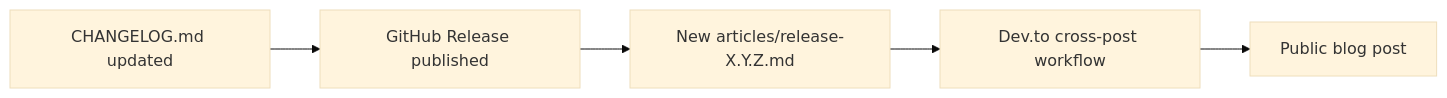
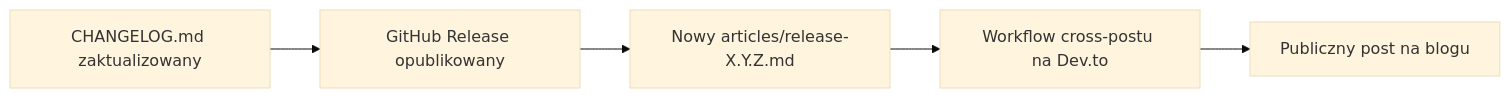
The diagram in articles.md (leszek3737/librefang-WIki), drawn with Mermaid (base theme) before and after one commit. The commit also changed other lines of this file and 104 other files, not shown here.

````diff
--- a/articles.md
+++ b/articles.md
@@ -112,7 +112,7 @@
 ```mermaid
 flowchart LR
-    A[CHANGELOG.md updated] --> B[GitHub Release published]
-    B --> C[New articles/release-X.Y.Z.md]
-    C --> D[Dev.to cross-post workflow]
-    D --> E[Public blog post]
+    A[CHANGELOG.md zaktualizowany] --> B[GitHub Release opublikowany]
+    B --> C[Nowy articles/release-X.Y.Z.md]
+    C --> D[Workflow cross-postu na Dev.to]
+    D --> E[Publiczny post na blogu]
 ```
````
